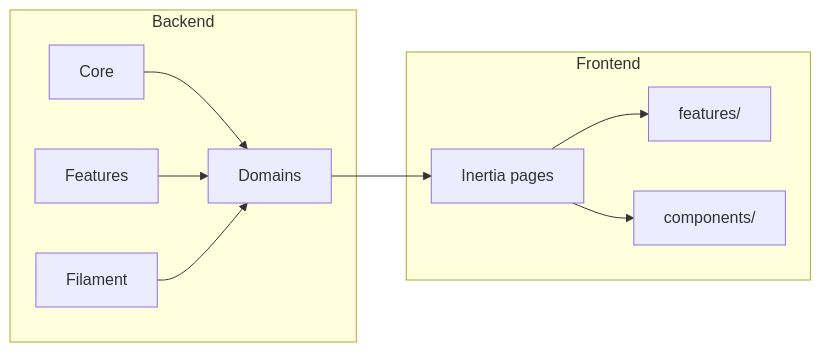
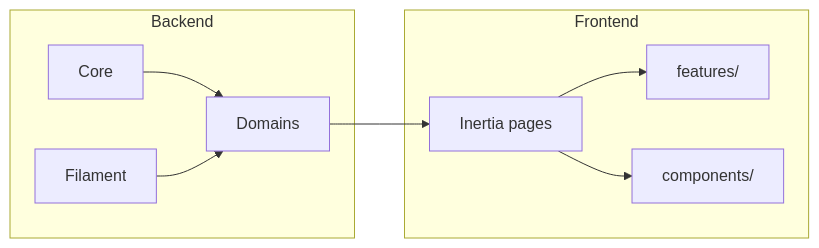
The diagram in docs/overview.md (hojabbr/boilerplate), drawn with Mermaid before and after one commit. The commit also changed other lines of this file and 70 other files, not shown here.

````diff
--- a/docs/overview.md
+++ b/docs/overview.md
@@ -29,20 +27,18 @@
 ```mermaid
 flowchart LR
   subgraph Backend
     Core[Core]
     Domains[Domains]
-    Features[Features]
     Filament[Filament]
   end
   subgraph Frontend
     FeaturesJS[features/]
     Components[components/]
     Inertia[Inertia pages]
   end
   Domains --> Inertia
   Core --> Domains
-  Features --> Domains
   Filament --> Domains
   Inertia --> FeaturesJS
   Inertia --> Components
 ```
````
